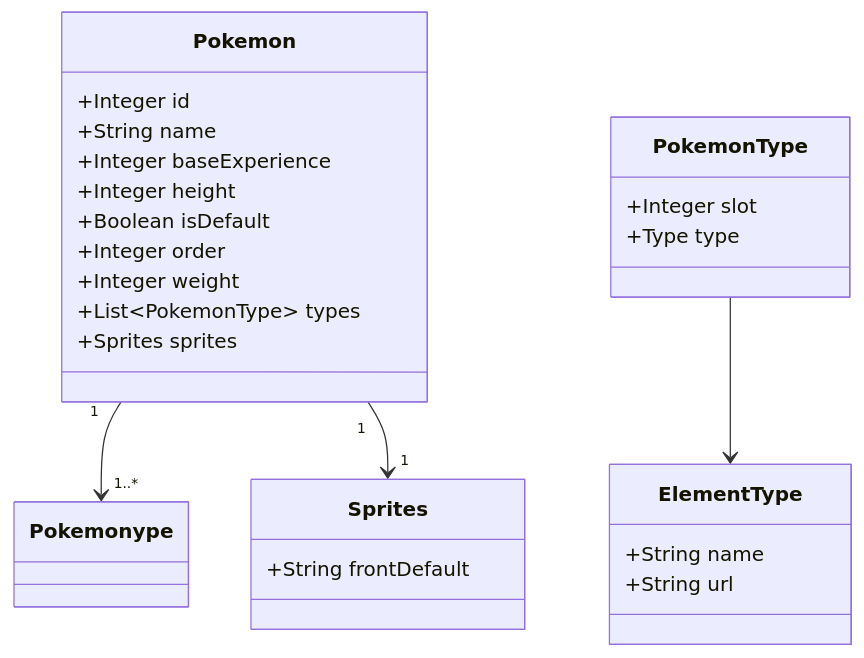
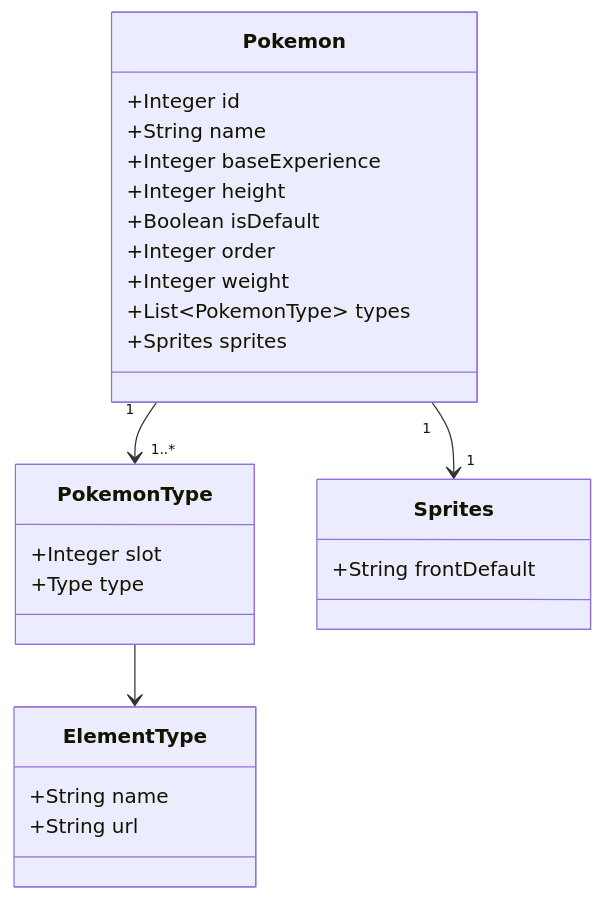
One commit to Tavaressan/pokeapi-restful-api-consumption changed the diagram in README.md. Above: the diagram before and after it, drawn with Mermaid.

````diff
--- a/README.md
+++ b/README.md
@@ -5,32 +5,32 @@
 ```mermaid
 classDiagram
     class Pokemon {
         +Integer id
         +String name
         +Integer baseExperience
         +Integer height
         +Boolean isDefault
         +Integer order
         +Integer weight
         +List~PokemonType~ types
         +Sprites sprites
     }
 
     class PokemonType {
         +Integer slot
         +Type type
     }
 
     class ElementType {
         +String name
         +String url
     }
 
     class Sprites {
         +String frontDefault
     }
 
-    Pokemon "1" --> "1..*" Pokemonype
+    Pokemon "1" --> "1..*" PokemonType
     PokemonType --> ElementType
     Pokemon "1" --> "1" Sprites
 ```
````
